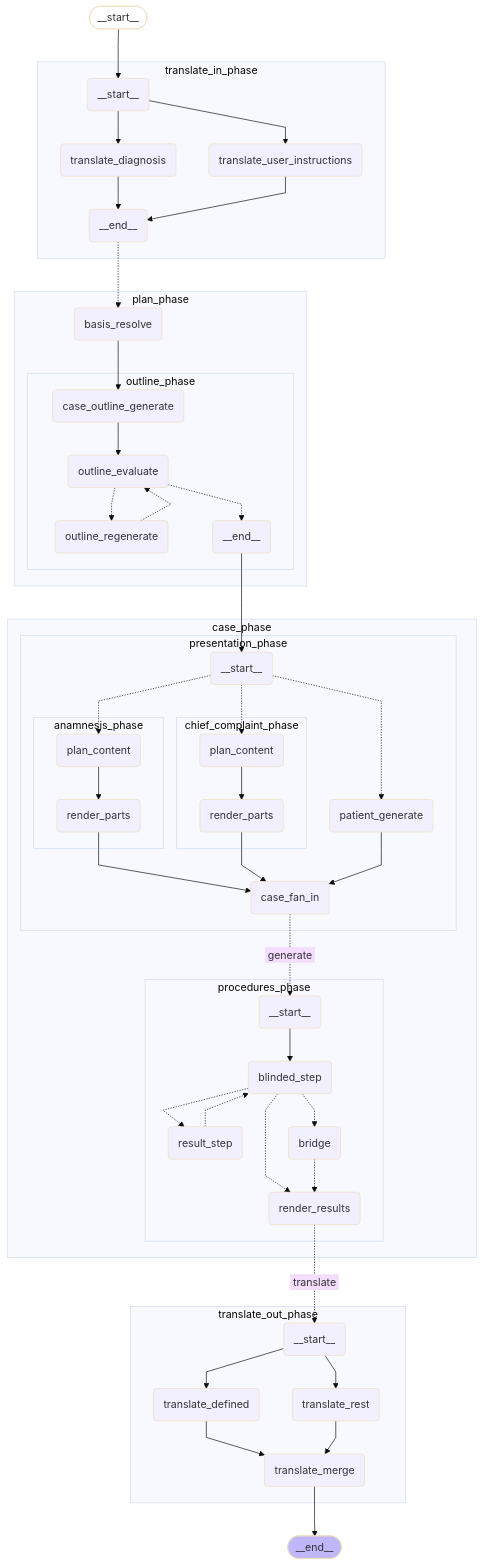
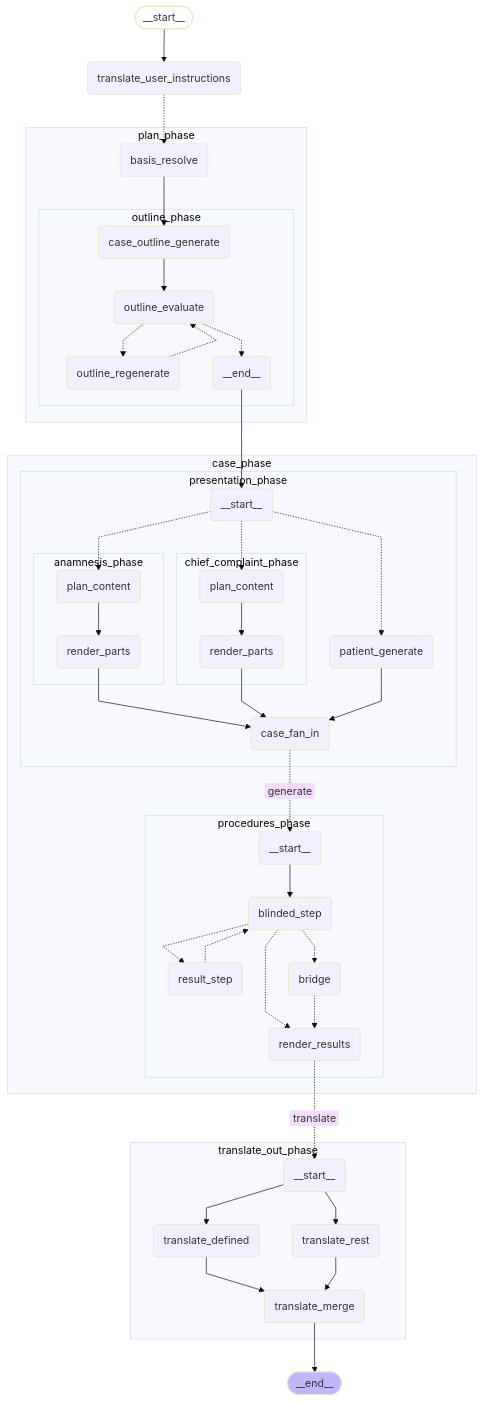
The diagram in docs/graphs/normal-mode.translation-sandwich.mmd (janthoXO/AetioMed), drawn with Mermaid (base theme) before and after one commit. The commit also changed 26 other files, not shown here.

```diff
--- a/docs/graphs/normal-mode.translation-sandwich.mmd
+++ b/docs/graphs/normal-mode.translation-sandwich.mmd
@@ -1,83 +1,74 @@
 %%{init: {'flowchart': {'curve': 'linear'}}}%%
 graph TD;
 	__start__([<p>__start__</p>]):::first
-	translate_in_phase___start__(<p>__start__</p>)
-	translate_in_phase_translate_diagnosis(translate_diagnosis)
-	translate_in_phase_translate_user_instructions(translate_user_instructions)
-	translate_in_phase___end__(<p>__end__</p>)
+	translate_user_instructions(translate_user_instructions)
 	plan_phase_basis_resolve(basis_resolve)
 	plan_phase_outline_phase_case_outline_generate(case_outline_generate)
 	plan_phase_outline_phase_outline_evaluate(outline_evaluate)
 	plan_phase_outline_phase_outline_regenerate(outline_regenerate)
 	plan_phase_outline_phase___end__(<p>__end__</p>)
 	case_phase_presentation_phase___start__(<p>__start__</p>)
 	case_phase_presentation_phase_patient_generate(patient_generate)
 	case_phase_presentation_phase_chief_complaint_phase_plan_content(plan_content)
 	case_phase_presentation_phase_chief_complaint_phase_render_parts(render_parts)
 	case_phase_presentation_phase_anamnesis_phase_plan_content(plan_content)
 	case_phase_presentation_phase_anamnesis_phase_render_parts(render_parts)
 	case_phase_presentation_phase_case_fan_in(case_fan_in)
 	case_phase_procedures_phase___start__(<p>__start__</p>)
 	case_phase_procedures_phase_blinded_step(blinded_step)
 	case_phase_procedures_phase_result_step(result_step)
 	case_phase_procedures_phase_bridge(bridge)
 	case_phase_procedures_phase_render_results(render_results)
 	translate_out_phase___start__(<p>__start__</p>)
 	translate_out_phase_translate_defined(translate_defined)
 	translate_out_phase_translate_rest(translate_rest)
 	translate_out_phase_translate_merge(translate_merge)
 	__end__([<p>__end__</p>]):::last
-	translate_in_phase___end__ -.-> plan_phase_basis_resolve;
+	translate_user_instructions -.-> plan_phase_basis_resolve;
 	case_phase_procedures_phase_render_results -. &nbsp;translate&nbsp; .-> translate_out_phase___start__;
-	__start__ --> translate_in_phase___start__;
+	__start__ --> translate_user_instructions;
 	translate_out_phase_translate_merge --> __end__;
 	plan_phase_outline_phase___end__ --> case_phase_presentation_phase___start__;
-	subgraph translate_in_phase
-	translate_in_phase___start__ --> translate_in_phase_translate_diagnosis;
-	translate_in_phase___start__ --> translate_in_phase_translate_user_instructions;
-	translate_in_phase_translate_diagnosis --> translate_in_phase___end__;
-	translate_in_phase_translate_user_instructions --> translate_in_phase___end__;
-	end
 	subgraph plan_phase
 	subgraph outline_phase
 	plan_phase_outline_phase_case_outline_generate --> plan_phase_outline_phase_outline_evaluate;
 	plan_phase_outline_phase_outline_evaluate -.-> plan_phase_outline_phase_outline_regenerate;
 	plan_phase_outline_phase_outline_evaluate -.-> plan_phase_outline_phase___end__;
 	plan_phase_outline_phase_outline_regenerate -.-> plan_phase_outline_phase_outline_evaluate;
 	end
 	plan_phase_basis_resolve --> plan_phase_outline_phase_case_outline_generate;
 	end
 	subgraph case_phase
 	subgraph presentation_phase
 	subgraph chief_complaint_phase
 	case_phase_presentation_phase_chief_complaint_phase_plan_content --> case_phase_presentation_phase_chief_complaint_phase_render_parts;
 	end
 	subgraph anamnesis_phase
 	case_phase_presentation_phase_anamnesis_phase_plan_content --> case_phase_presentation_phase_anamnesis_phase_render_parts;
 	end
 	case_phase_presentation_phase_anamnesis_phase_render_parts --> case_phase_presentation_phase_case_fan_in;
 	case_phase_presentation_phase_chief_complaint_phase_render_parts --> case_phase_presentation_phase_case_fan_in;
 	case_phase_presentation_phase_patient_generate --> case_phase_presentation_phase_case_fan_in;
 	case_phase_presentation_phase___start__ -.-> case_phase_presentation_phase_patient_generate;
 	case_phase_presentation_phase___start__ -.-> case_phase_presentation_phase_chief_complaint_phase_plan_content;
 	case_phase_presentation_phase___start__ -.-> case_phase_presentation_phase_anamnesis_phase_plan_content;
 	end
 	subgraph procedures_phase
 	case_phase_procedures_phase___start__ --> case_phase_procedures_phase_blinded_step;
 	case_phase_procedures_phase_blinded_step -.-> case_phase_procedures_phase_result_step;
 	case_phase_procedures_phase_blinded_step -.-> case_phase_procedures_phase_bridge;
 	case_phase_procedures_phase_blinded_step -.-> case_phase_procedures_phase_render_results;
 	case_phase_procedures_phase_result_step -.-> case_phase_procedures_phase_blinded_step;
 	case_phase_procedures_phase_bridge -.-> case_phase_procedures_phase_render_results;
 	end
 	case_phase_presentation_phase_case_fan_in -. &nbsp;generate&nbsp; .-> case_phase_procedures_phase___start__;
 	end
 	subgraph translate_out_phase
 	translate_out_phase___start__ --> translate_out_phase_translate_defined;
 	translate_out_phase___start__ --> translate_out_phase_translate_rest;
 	translate_out_phase_translate_defined --> translate_out_phase_translate_merge;
 	translate_out_phase_translate_rest --> translate_out_phase_translate_merge;
 	end
 	classDef default fill:#f2f0ff,line-height:1.2;
 	classDef first fill-opacity:0;
 	classDef last fill:#bfb6fc;
```
